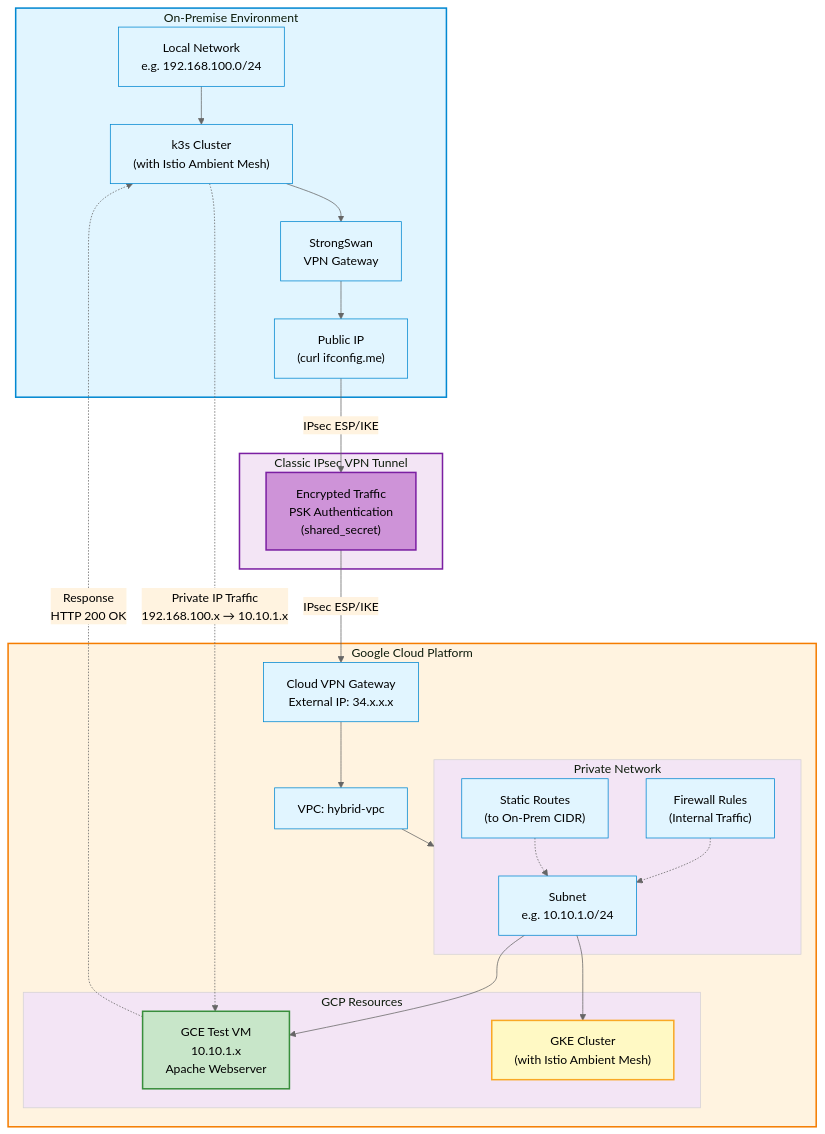
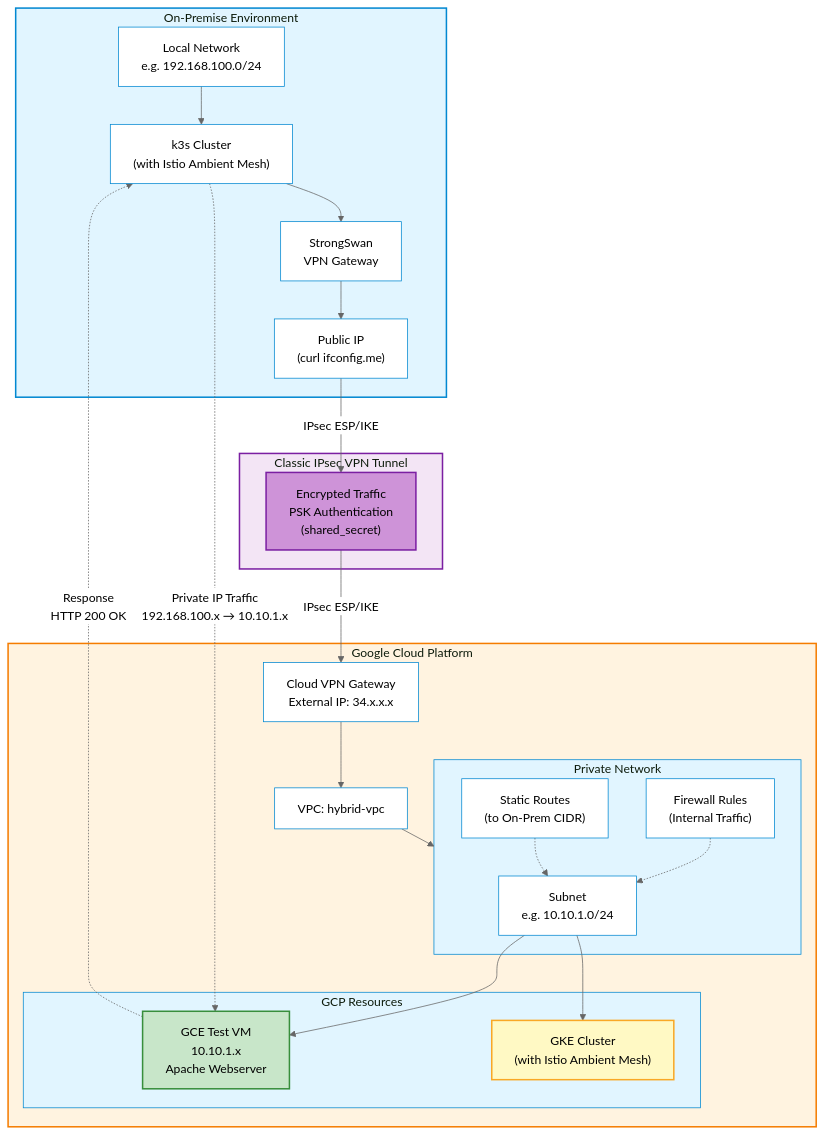
One commit to salvador-arreola/hybrid-cloud-multicluster-lab changed the diagram in README.md. Above: the diagram before and after it, drawn with Mermaid.

Commit message:
Add white background to diagram

````diff
--- a/README.md
+++ b/README.md
@@ -9,62 +9,54 @@
 ```mermaid
-%%{init: {'theme':'base', 'themeVariables': {
-  'background':'#ffffff',
-  'primaryColor':'#e1f5ff',
-  'primaryTextColor':'#000',
-  'primaryBorderColor':'#0288d1',
-  'lineColor':'#666',
-  'secondaryColor':'#fff3e0',
-  'tertiaryColor':'#f3e5f5'
-}}}%%
+%%{init: {'theme':'base', 'themeVariables': { 'background':'#ffffff', 'mainBkg':'#ffffff', 'secondBkg':'#ffffff', 'tertiaryBkg':'#ffffff', 'primaryColor':'#e1f5ff', 'primaryTextColor':'#000', 'primaryBorderColor':'#0288d1', 'lineColor':'#666', 'secondaryColor':'#fff3e0', 'tertiaryColor':'#f3e5f5', 'clusterBkg':'#e1f5ff', 'clusterBorder':'#0288d1', 'edgeLabelBackground':'#ffffff' }}}%%
 graph TB
     subgraph OnPrem["On-Premise Environment"]
         LocalNet["Local Network<br/>e.g. 192.168.100.0/24"]
         K3s["k3s Cluster<br/>(with Istio Ambient Mesh)"]
         StrongSwan["StrongSwan<br/>VPN Gateway"]
         PublicIP["Public IP<br/>(curl ifconfig.me)"]
         
         LocalNet --> K3s
         K3s --> StrongSwan
         StrongSwan --> PublicIP
     end
     
     subgraph VPNTunnel["Classic IPsec VPN Tunnel"]
         Tunnel["Encrypted Traffic<br/>PSK Authentication<br/>(shared_secret)"]
     end
     
     subgraph GCP["Google Cloud Platform"]
         VPNGateway["Cloud VPN Gateway<br/>External IP: 34.x.x.x"]
         VPC["VPC: hybrid-vpc"]
         
         subgraph Network["Private Network"]
             Subnet["Subnet<br/>e.g. 10.10.1.0/24"]
             Firewall["Firewall Rules<br/>(Internal Traffic)"]
             Routes["Static Routes<br/>(to On-Prem CIDR)"]
         end
         
         subgraph Resources["GCP Resources"]
             TestVM["GCE Test VM<br/>10.10.1.x<br/>Apache Webserver"]
             GKE["GKE Cluster<br/>(with Istio Ambient Mesh)"]
         end
         
         VPNGateway --> VPC
         VPC --> Network
         Subnet --> TestVM
         Subnet --> GKE
         Firewall -.-> Subnet
         Routes -.-> Subnet
     end
     
     PublicIP -->|"IPsec ESP/IKE"| Tunnel
     Tunnel -->|"IPsec ESP/IKE"| VPNGateway
     
     K3s -.->|"Private IP Traffic<br/>192.168.100.x → 10.10.1.x"| TestVM
     TestVM -.->|"Response<br/>HTTP 200 OK"| K3s
     
     style OnPrem fill:#e1f5ff,stroke:#0288d1,stroke-width:2px
     style GCP fill:#fff3e0,stroke:#f57c00,stroke-width:2px
     style VPNTunnel fill:#f3e5f5,stroke:#7b1fa2,stroke-width:2px
     style Tunnel fill:#ce93d8,stroke:#7b1fa2,stroke-width:2px
     style TestVM fill:#c8e6c9,stroke:#388e3c,stroke-width:2px
     style GKE fill:#fff9c4,stroke:#f9a825,stroke-width:2px
 ```
````
